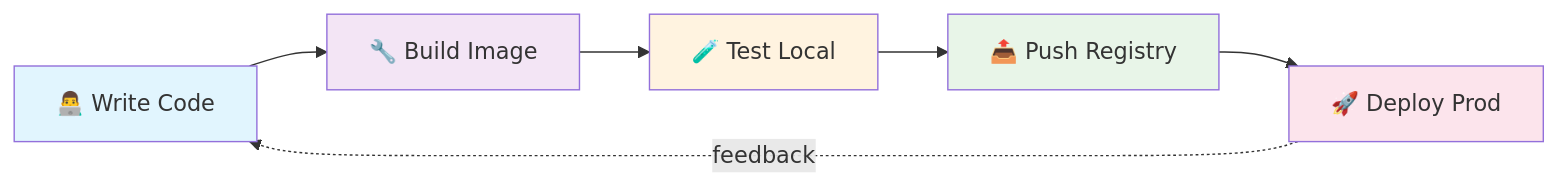
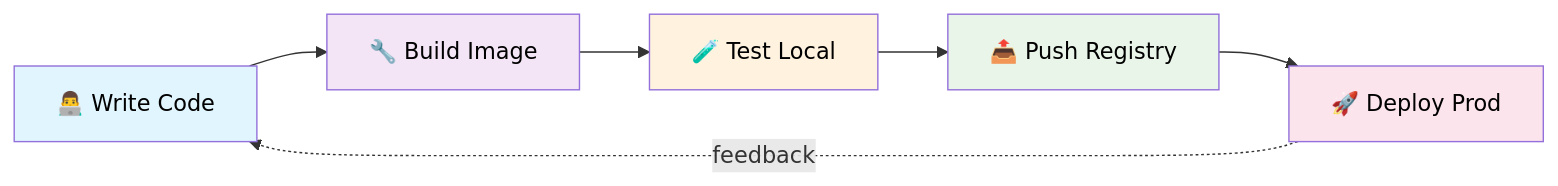
Before and after one commit to ebrenam/itq: diagram 16 of 16 in notes/ITQ-Programación-Distribuida/Unidad 4/teoría/00 - Docker conceptos fundamentales.md, drawn with Mermaid.

Commit message:
fix: Update diagram styles for better visibility in Docker fundamentals documentation

````diff
--- a/notes/ITQ-Programación-Distribuida/Unidad 4/teoría/00 - Docker conceptos fundamentales.md
+++ b/notes/ITQ-Programación-Distribuida/Unidad 4/teoría/00 - Docker conceptos fundamentales.md
@@ -485,17 +485,17 @@
 ```mermaid
 graph LR
     DEV[👨‍💻 Write Code] 
     BUILD[🔧 Build Image]
     TEST[🧪 Test Local]
     PUSH[📤 Push Registry]
     DEPLOY[🚀 Deploy Prod]
     
     DEV --> BUILD --> TEST --> PUSH --> DEPLOY
     DEPLOY -.->|feedback| DEV
     
-    style DEV fill:#e1f5fe
-    style BUILD fill:#f3e5f5
-    style TEST fill:#fff3e0
-    style PUSH fill:#e8f5e8
-    style DEPLOY fill:#fce4ec
+    style DEV fill:#e1f5fe, color:#000000;
+    style BUILD fill:#f3e5f5, color:#000000;
+    style TEST fill:#fff3e0, color:#000000;
+    style PUSH fill:#e8f5e8, color:#000000;
+    style DEPLOY fill:#fce4ec, color:#000000;
 ```
````
